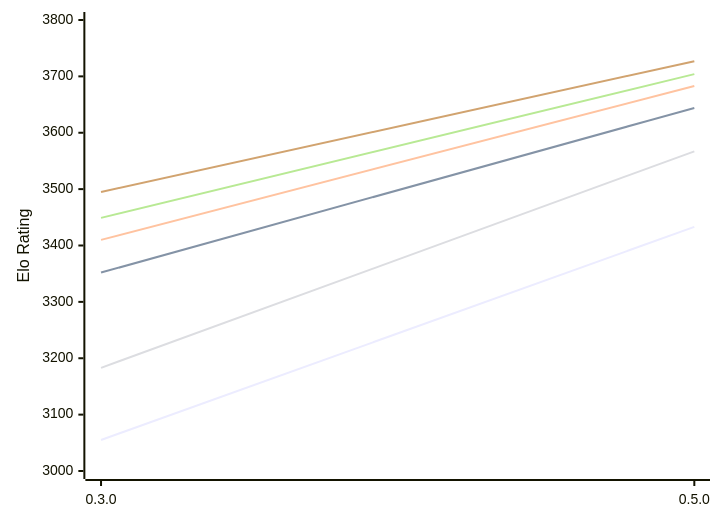
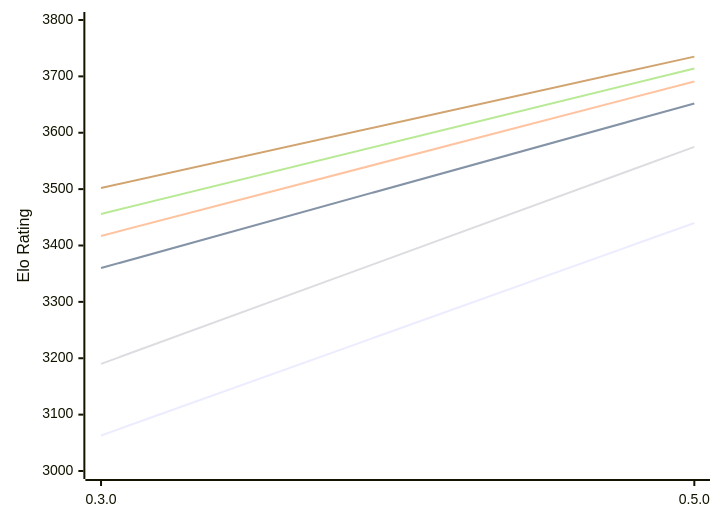
The first of 2 diagrams in engines/Justbot.md (computer-chess-index/cci), drawn with Mermaid before and after one commit. The commit also changed other lines of this file, not shown here.

Commit message:
Update CCI Ratings (ELO VLTC) - 2026-11-03

````diff
--- a/engines/Justbot.md
+++ b/engines/Justbot.md
@@ -53,12 +53,12 @@
 ```mermaid
 %%{init: {"theme":"base","themeVariables":{"seriesColors:['#a3a3a3','#222221','#faa371']}}}%%
 xychart-beta
   x-axis ["0.3.0", "0.5.0"]
   y-axis "Elo Rating" 3000 --> 3800
-  line "E1: STC (8.0+0.08s)" [3055, 3433]
-  line "E1: LTC (60.0+0.60s)" [3352, 3644]
-  line "E1: VLTC (2m24s+1.12s)" [3410, 3683]
-  line "P1: STC (8.0+0.08s)" [3183, 3567]
-  line "P1: LTC (60.0+0.60s)" [3449, 3704]
-  line "P1: VLTC (2m24s+1.12s)" [3495, 3727]
+  line "E1: STC (8.0+0.08s)" [3063, 3440]
+  line "E1: LTC (60.0+0.60s)" [3360, 3652]
+  line "E1: VLTC (2m24s+1.12s)" [3417, 3691]
+  line "P1: STC (8.0+0.08s)" [3190, 3575]
+  line "P1: LTC (60.0+0.60s)" [3456, 3714]
+  line "P1: VLTC (2m24s+1.12s)" [3502, 3735]
 ```
````
